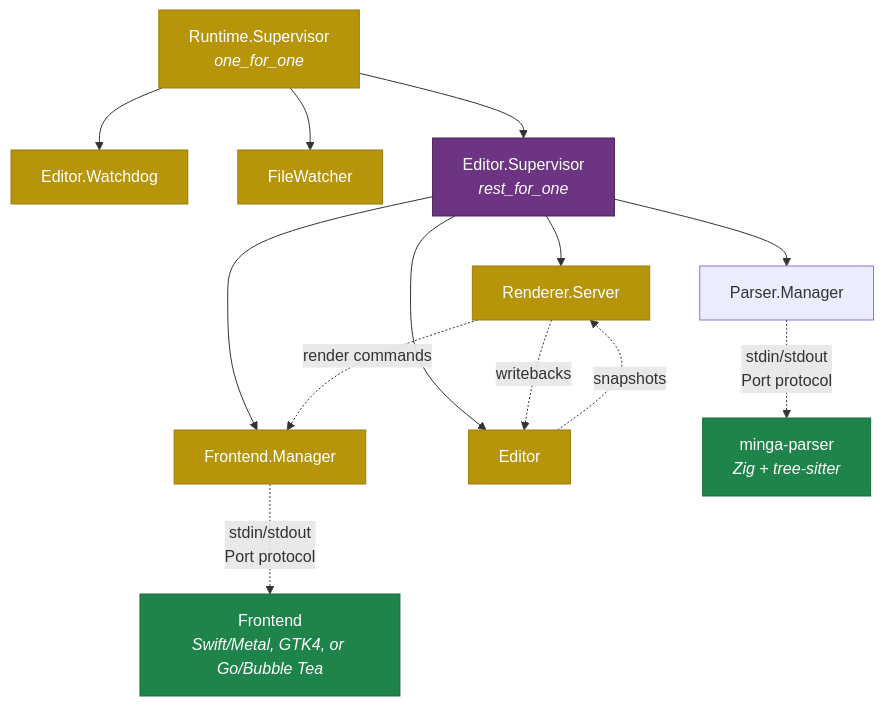
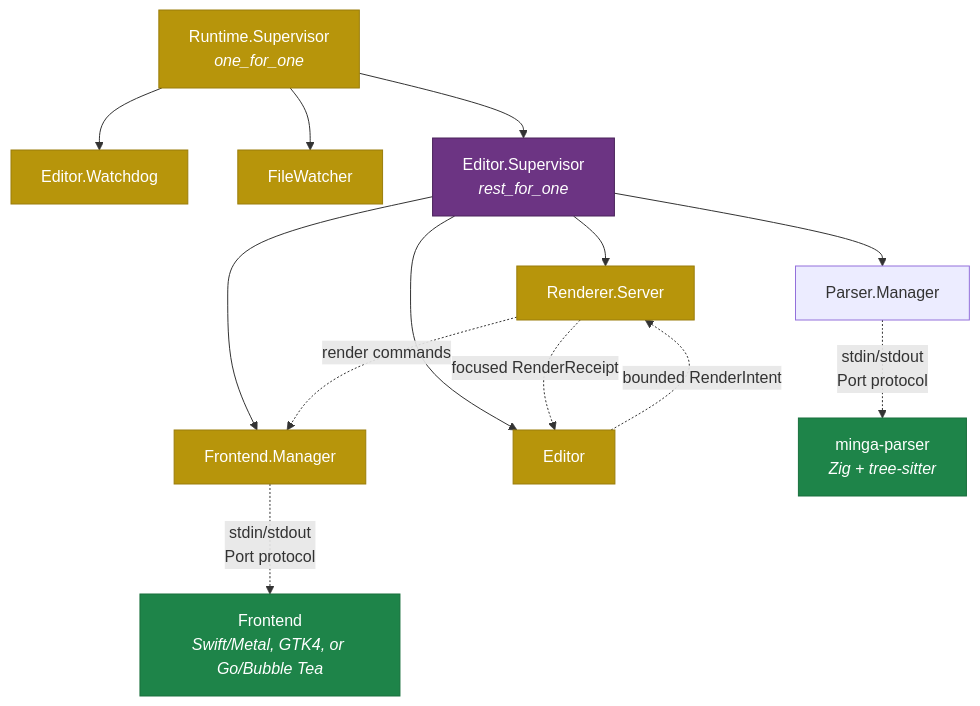
Before and after one commit to jsmestad/minga: the sixth of 10 diagrams in docs/ARCHITECTURE.md, drawn with Mermaid. The commit also changed other lines of this file and 65 other files, not shown here.

````diff
--- a/docs/ARCHITECTURE.md
+++ b/docs/ARCHITECTURE.md
@@ -246,27 +246,27 @@
 ```mermaid
 graph TD
     RT["Runtime.Supervisor<br/><i>one_for_one</i>"]
     RT --> WD["Editor.Watchdog"]
     RT --> FW["FileWatcher"]
     RT --> EDSUP["Editor.Supervisor<br/><i>rest_for_one</i>"]
     EDSUP --> PARSER["Parser.Manager"]
     EDSUP --> PM["Frontend.Manager"]
     EDSUP --> RENDER["Renderer.Server"]
     EDSUP --> ED["Editor"]
 
-    ED -. "snapshots" .-> RENDER
-    RENDER -. "writebacks" .-> ED
+    ED -. "bounded RenderIntent" .-> RENDER
+    RENDER -. "focused RenderReceipt" .-> ED
     RENDER -. "render commands" .-> PM
     PM -. "stdin/stdout<br/>Port protocol" .-> FE["Frontend<br/><i>Swift/Metal, GTK4, or Go/Bubble Tea</i>"]
     PARSER -. "stdin/stdout<br/>Port protocol" .-> ZIG_P["minga-parser<br/><i>Zig + tree-sitter</i>"]
 
     style RT fill:#b7950b,stroke:#9a7d0a,color:#fff
     style EDSUP fill:#6c3483,stroke:#4a235a,color:#fff
     style PM fill:#b7950b,stroke:#9a7d0a,color:#fff
     style RENDER fill:#b7950b,stroke:#9a7d0a,color:#fff
     style ED fill:#b7950b,stroke:#9a7d0a,color:#fff
     style WD fill:#b7950b,stroke:#9a7d0a,color:#fff
     style FW fill:#b7950b,stroke:#9a7d0a,color:#fff
     style FE fill:#1e8449,stroke:#196f3d,color:#fff
     style ZIG_P fill:#1e8449,stroke:#196f3d,color:#fff
 ```
````
